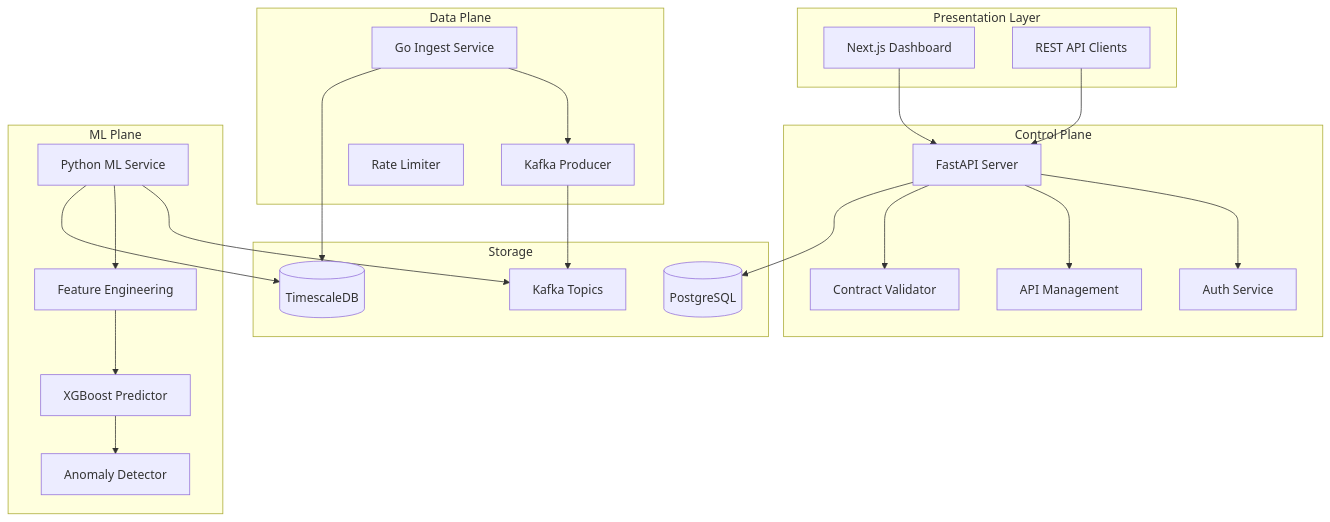
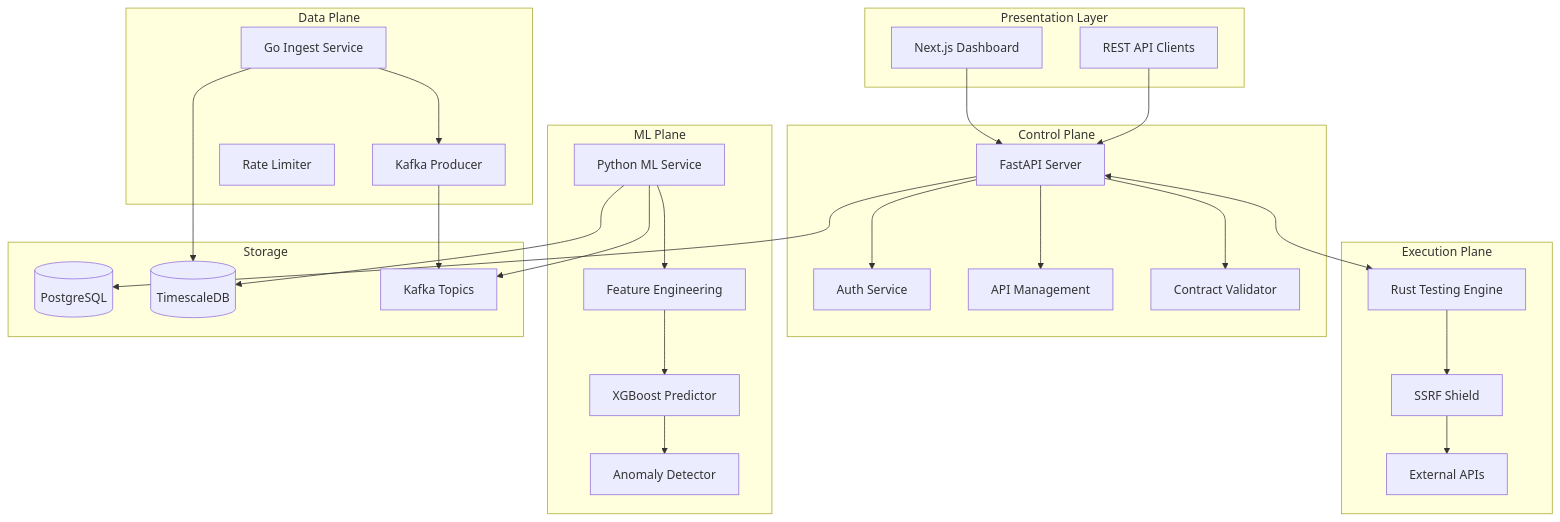
Before and after one commit to 0xarchit/ApiCortex: the first of 4 diagrams in README.md, drawn with Mermaid. The commit also changed other lines of this file and 1 other file, not shown here.

First line of the commit message:
docs: integrate api-testing engine and update dependency manifest

````diff
--- a/README.md
+++ b/README.md
@@ -113,48 +121,57 @@
 ```mermaid
 graph TB
     subgraph "Presentation Layer"
         A[Next.js Dashboard]
         B[REST API Clients]
     end
     
     subgraph "Control Plane"
         C[FastAPI Server]
         D[Auth Service]
         E[API Management]
         F[Contract Validator]
     end
     
     subgraph "Data Plane"
         G[Go Ingest Service]
         H[Kafka Producer]
         I[Rate Limiter]
     end
     
     subgraph "ML Plane"
         J[Python ML Service]
         K[Feature Engineering]
         L[XGBoost Predictor]
         M[Anomaly Detector]
     end
     
+    subgraph "Execution Plane"
+        Q[Rust Testing Engine]
+        R[SSRF Shield]
+        S[External APIs]
+    end
+
     subgraph "Storage"
         N[(PostgreSQL)]
         O[(TimescaleDB)]
         P[Kafka Topics]
     end
     
     A --> C
     B --> C
     C --> D
     C --> E
     C --> F
+    C <--> Q
+    Q --> R
+    R --> S
     G --> H
     H --> P
     J --> P
     J --> K
     K --> L
     L --> M
     C --> N
     G --> O
     J --> O
 ```
````
